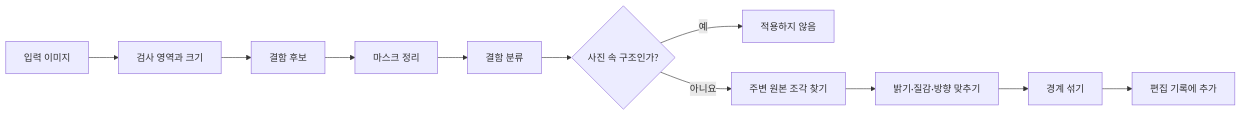
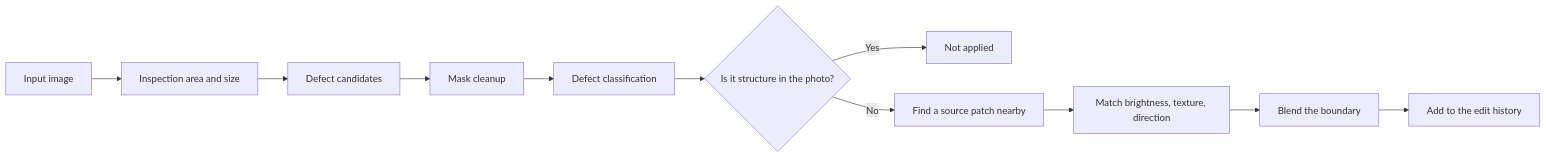
Before and after one commit to habinsong/negaflow: the diagram in docs/product/GRAINMEND.md, drawn with Mermaid. The commit also changed other lines of this file and 119 other files, not shown here.

````diff
--- a/docs/product/GRAINMEND.md
+++ b/docs/product/GRAINMEND.md
@@ -38,13 +39,13 @@
 ```mermaid
 flowchart LR
-    A["입력 이미지"] --> B["검사 영역과 크기"]
-    B --> C["결함 후보"]
-    C --> D["마스크 정리"]
-    D --> E["결함 분류"]
-    E --> F{"사진 속 구조인가?"}
-    F -->|예| G["적용하지 않음"]
-    F -->|아니요| H["주변 원본 조각 찾기"]
-    H --> I["밝기·질감·방향 맞추기"]
-    I --> J["경계 섞기"]
-    J --> K["편집 기록에 추가"]
+    A["Input image"] --> B["Inspection area and size"]
+    B --> C["Defect candidates"]
+    C --> D["Mask cleanup"]
+    D --> E["Defect classification"]
+    E --> F{"Is it structure in the photo?"}
+    F -->|Yes| G["Not applied"]
+    F -->|No| H["Find a source patch nearby"]
+    H --> I["Match brightness, texture, direction"]
+    I --> J["Blend the boundary"]
+    J --> K["Add to the edit history"]
 ```
````
